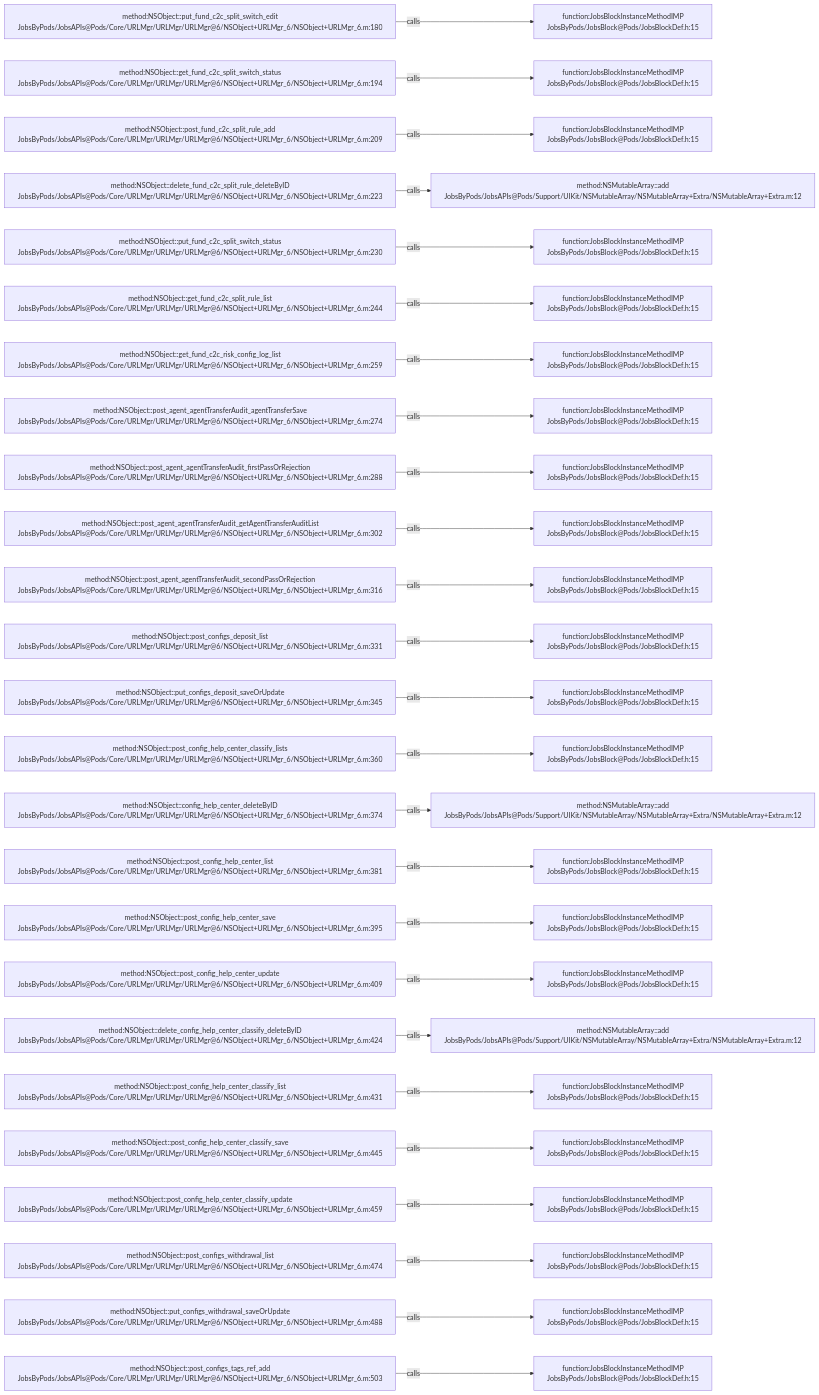
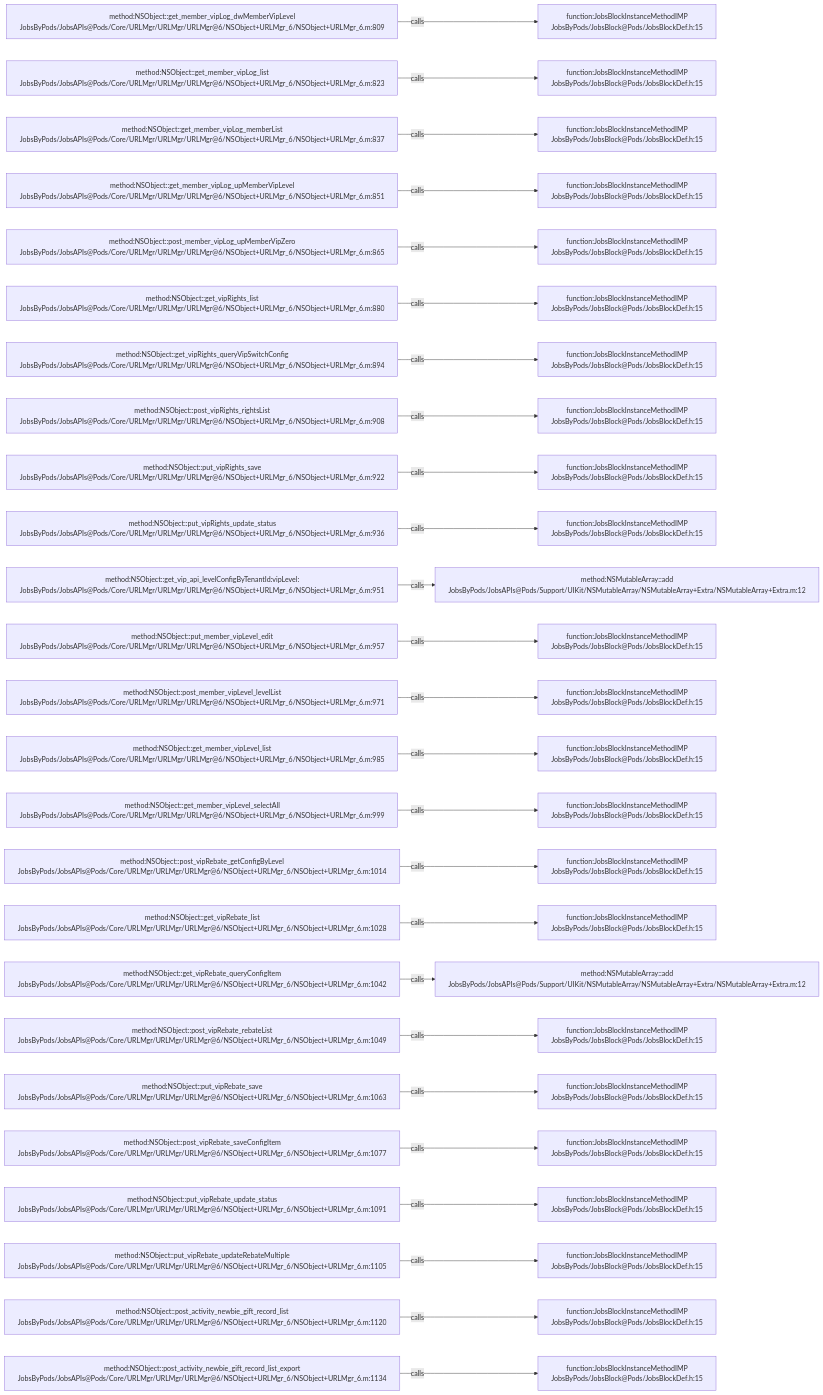
Before and after one commit to JobsKits/JobsOCBaseConfigDemo: the diagram in .codegraph/codegraph.md/graphs/calls-067.md, drawn with Mermaid. The commit also changed 223 other files, not shown here.

````diff
--- a/.codegraph/codegraph.md/graphs/calls-067.md
+++ b/.codegraph/codegraph.md/graphs/calls-067.md
@@ -13,78 +13,78 @@
 ```mermaid
 flowchart LR
-  S1["method:NSObject::put_fund_c2c_split_switch_edit<br/>JobsByPods/JobsAPIs@Pods/Core/URLMgr/URLMgr/URLMgr@6/NSObject+URLMgr_6/NSObject+URLMgr_6.m:180"]
+  S1["method:NSObject::get_member_vipLog_dwMemberVipLevel<br/>JobsByPods/JobsAPIs@Pods/Core/URLMgr/URLMgr/URLMgr@6/NSObject+URLMgr_6/NSObject+URLMgr_6.m:809"]
   T1["function:JobsBlockInstanceMethodIMP<br/>JobsByPods/JobsBlock@Pods/JobsBlockDef.h:15"]
   S1 -->|calls| T1
-  S2["method:NSObject::get_fund_c2c_split_switch_status<br/>JobsByPods/JobsAPIs@Pods/Core/URLMgr/URLMgr/URLMgr@6/NSObject+URLMgr_6/NSObject+URLMgr_6.m:194"]
+  S2["method:NSObject::get_member_vipLog_list<br/>JobsByPods/JobsAPIs@Pods/Core/URLMgr/URLMgr/URLMgr@6/NSObject+URLMgr_6/NSObject+URLMgr_6.m:823"]
   T2["function:JobsBlockInstanceMethodIMP<br/>JobsByPods/JobsBlock@Pods/JobsBlockDef.h:15"]
   S2 -->|calls| T2
-  S3["method:NSObject::post_fund_c2c_split_rule_add<br/>JobsByPods/JobsAPIs@Pods/Core/URLMgr/URLMgr/URLMgr@6/NSObject+URLMgr_6/NSObject+URLMgr_6.m:209"]
+  S3["method:NSObject::get_member_vipLog_memberList<br/>JobsByPods/JobsAPIs@Pods/Core/URLMgr/URLMgr/URLMgr@6/NSObject+URLMgr_6/NSObject+URLMgr_6.m:837"]
   T3["function:JobsBlockInstanceMethodIMP<br/>JobsByPods/JobsBlock@Pods/JobsBlockDef.h:15"]
   S3 -->|calls| T3
-  S4["method:NSObject::delete_fund_c2c_split_rule_deleteByID<br/>JobsByPods/JobsAPIs@Pods/Core/URLMgr/URLMgr/URLMgr@6/NSObject+URLMgr_6/NSObject+URLMgr_6.m:223"]
-  T4["method:NSMutableArray::add<br/>JobsByPods/JobsAPIs@Pods/Support/UIKit/NSMutableArray/NSMutableArray+Extra/NSMutableArray+Extra.m:12"]
+  S4["method:NSObject::get_member_vipLog_upMemberVipLevel<br/>JobsByPods/JobsAPIs@Pods/Core/URLMgr/URLMgr/URLMgr@6/NSObject+URLMgr_6/NSObject+URLMgr_6.m:851"]
+  T4["function:JobsBlockInstanceMethodIMP<br/>JobsByPods/JobsBlock@Pods/JobsBlockDef.h:15"]
   S4 -->|calls| T4
-  S5["method:NSObject::put_fund_c2c_split_switch_status<br/>JobsByPods/JobsAPIs@Pods/Core/URLMgr/URLMgr/URLMgr@6/NSObject+URLMgr_6/NSObject+URLMgr_6.m:230"]
+  S5["method:NSObject::post_member_vipLog_upMemberVipZero<br/>JobsByPods/JobsAPIs@Pods/Core/URLMgr/URLMgr/URLMgr@6/NSObject+URLMgr_6/NSObject+URLMgr_6.m:865"]
   T5["function:JobsBlockInstanceMethodIMP<br/>JobsByPods/JobsBlock@Pods/JobsBlockDef.h:15"]
   S5 -->|calls| T5
-  S6["method:NSObject::get_fund_c2c_split_rule_list<br/>JobsByPods/JobsAPIs@Pods/Core/URLMgr/URLMgr/URLMgr@6/NSObject+URLMgr_6/NSObject+URLMgr_6.m:244"]
+  S6["method:NSObject::get_vipRights_list<br/>JobsByPods/JobsAPIs@Pods/Core/URLMgr/URLMgr/URLMgr@6/NSObject+URLMgr_6/NSObject+URLMgr_6.m:880"]
   T6["function:JobsBlockInstanceMethodIMP<br/>JobsByPods/JobsBlock@Pods/JobsBlockDef.h:15"]
   S6 -->|calls| T6
-  S7["method:NSObject::get_fund_c2c_risk_config_log_list<br/>JobsByPods/JobsAPIs@Pods/Core/URLMgr/URLMgr/URLMgr@6/NSObject+URLMgr_6/NSObject+URLMgr_6.m:259"]
+  S7["method:NSObject::get_vipRights_queryVipSwitchConfig<br/>JobsByPods/JobsAPIs@Pods/Core/URLMgr/URLMgr/URLMgr@6/NSObject+URLMgr_6/NSObject+URLMgr_6.m:894"]
   T7["function:JobsBlockInstanceMethodIMP<br/>JobsByPods/JobsBlock@Pods/JobsBlockDef.h:15"]
   S7 -->|calls| T7
-  S8["method:NSObject::post_agent_agentTransferAudit_agentTransferSave<br/>JobsByPods/JobsAPIs@Pods/Core/URLMgr/URLMgr/URLMgr@6/NSObject+URLMgr_6/NSObject+URLMgr_6.m:274"]
+  S8["method:NSObject::post_vipRights_rightsList<br/>JobsByPods/JobsAPIs@Pods/Core/URLMgr/URLMgr/URLMgr@6/NSObject+URLMgr_6/NSObject+URLMgr_6.m:908"]
   T8["function:JobsBlockInstanceMethodIMP<br/>JobsByPods/JobsBlock@Pods/JobsBlockDef.h:15"]
   S8 -->|calls| T8
-  S9["method:NSObject::post_agent_agentTransferAudit_firstPassOrRejection<br/>JobsByPods/JobsAPIs@Pods/Core/URLMgr/URLMgr/URLMgr@6/NSObject+URLMgr_6/NSObject+URLMgr_6.m:288"]
+  S9["method:NSObject::put_vipRights_save<br/>JobsByPods/JobsAPIs@Pods/Core/URLMgr/URLMgr/URLMgr@6/NSObject+URLMgr_6/NSObject+URLMgr_6.m:922"]
   T9["function:JobsBlockInstanceMethodIMP<br/>JobsByPods/JobsBlock@Pods/JobsBlockDef.h:15"]
   S9 -->|calls| T9
-  S10["method:NSObject::post_agent_agentTransferAudit_getAgentTransferAuditList<br/>JobsByPods/JobsAPIs@Pods/Core/URLMgr/URLMgr/URLMgr@6/NSObject+URLMgr_6/NSObject+URLMgr_6.m:302"]
+  S10["method:NSObject::put_vipRights_update_status<br/>JobsByPods/JobsAPIs@Pods/Core/URLMgr/URLMgr/URLMgr@6/NSObject+URLMgr_6/NSObject+URLMgr_6.m:936"]
   T10["function:JobsBlockInstanceMethodIMP<br/>JobsByPods/JobsBlock@Pods/JobsBlockDef.h:15"]
   S10 -->|calls| T10
-  S11["method:NSObject::post_agent_agentTransferAudit_secondPassOrRejection<br/>JobsByPods/JobsAPIs@Pods/Core/URLMgr/URLMgr/URLMgr@6/NSObject+URLMgr_6/NSObject+URLMgr_6.m:316"]
-  T11["function:JobsBlockInstanceMethodIMP<br/>JobsByPods/JobsBlock@Pods/JobsBlockDef.h:15"]
+  S11["method:NSObject::get_vip_api_levelConfigByTenantId:vipLevel:<br/>JobsByPods/JobsAPIs@Pods/Core/URLMgr/URLMgr/URLMgr@6/NSObject+URLMgr_6/NSObject+URLMgr_6.m:951"]
+  T11["method:NSMutableArray::add<br/>JobsByPods/JobsAPIs@Pods/Support/UIKit/NSMutableArray/NSMutableArray+Extra/NSMutableArray+Extra.m:12"]
   S11 -->|calls| T11
-  S12["method:NSObject::post_configs_deposit_list<br/>JobsByPods/JobsAPIs@Pods/Core/URLMgr/URLMgr/URLMgr@6/NSObject+URLMgr_6/NSObject+URLMgr_6.m:331"]
+  S12["method:NSObject::put_member_vipLevel_edit<br/>JobsByPods/JobsAPIs@Pods/Core/URLMgr/URLMgr/URLMgr@6/NSObject+URLMgr_6/NSObject+URLMgr_6.m:957"]
   T12["function:JobsBlockInstanceMethodIMP<br/>JobsByPods/JobsBlock@Pods/JobsBlockDef.h:15"]
   S12 -->|calls| T12
-  S13["method:NSObject::put_configs_deposit_saveOrUpdate<br/>JobsByPods/JobsAPIs@Pods/Core/URLMgr/URLMgr/URLMgr@6/NSObject+URLMgr_6/NSObject+URLMgr_6.m:345"]
+  S13["method:NSObject::post_member_vipLevel_levelList<br/>JobsByPods/JobsAPIs@Pods/Core/URLMgr/URLMgr/URLMgr@6/NSObject+URLMgr_6/NSObject+URLMgr_6.m:971"]
   T13["function:JobsBlockInstanceMethodIMP<br/>JobsByPods/JobsBlock@Pods/JobsBlockDef.h:15"]
   S13 -->|calls| T13
-  S14["method:NSObject::post_config_help_center_classify_lists<br/>JobsByPods/JobsAPIs@Pods/Core/URLMgr/URLMgr/URLMgr@6/NSObject+URLMgr_6/NSObject+URLMgr_6.m:360"]
+  S14["method:NSObject::get_member_vipLevel_list<br/>JobsByPods/JobsAPIs@Pods/Core/URLMgr/URLMgr/URLMgr@6/NSObject+URLMgr_6/NSObject+URLMgr_6.m:985"]
   T14["function:JobsBlockInstanceMethodIMP<br/>JobsByPods/JobsBlock@Pods/JobsBlockDef.h:15"]
   S14 -->|calls| T14
-  S15["method:NSObject::config_help_center_deleteByID<br/>JobsByPods/JobsAPIs@Pods/Core/URLMgr/URLMgr/URLMgr@6/NSObject+URLMgr_6/NSObject+URLMgr_6.m:374"]
-  T15["method:NSMutableArray::add<br/>JobsByPods/JobsAPIs@Pods/Support/UIKit/NSMutableArray/NSMutableArray+Extra/NSMutableArray+Extra.m:12"]
+  S15["method:NSObject::get_member_vipLevel_selectAll<br/>JobsByPods/JobsAPIs@Pods/Core/URLMgr/URLMgr/URLMgr@6/NSObject+URLMgr_6/NSObject+URLMgr_6.m:999"]
+  T15["function:JobsBlockInstanceMethodIMP<br/>JobsByPods/JobsBlock@Pods/JobsBlockDef.h:15"]
   S15 -->|calls| T15
-  S16["method:NSObject::post_config_help_center_list<br/>JobsByPods/JobsAPIs@Pods/Core/URLMgr/URLMgr/URLMgr@6/NSObject+URLMgr_6/NSObject+URLMgr_6.m:381"]
+  S16["method:NSObject::post_vipRebate_getConfigByLevel<br/>JobsByPods/JobsAPIs@Pods/Core/URLMgr/URLMgr/URLMgr@6/NSObject+URLMgr_6/NSObject+URLMgr_6.m:1014"]
   T16["function:JobsBlockInstanceMethodIMP<br/>JobsByPods/JobsBlock@Pods/JobsBlockDef.h:15"]
   S16 -->|calls| T16
-  S17["method:NSObject::post_config_help_center_save<br/>JobsByPods/JobsAPIs@Pods/Core/URLMgr/URLMgr/URLMgr@6/NSObject+URLMgr_6/NSObject+URLMgr_6.m:395"]
+  S17["method:NSObject::get_vipRebate_list<br/>JobsByPods/JobsAPIs@Pods/Core/URLMgr/URLMgr/URLMgr@6/NSObject+URLMgr_6/NSObject+URLMgr_6.m:1028"]
   T17["function:JobsBlockInstanceMethodIMP<br/>JobsByPods/JobsBlock@Pods/JobsBlockDef.h:15"]
   S17 -->|calls| T17
-  S18["method:NSObject::post_config_help_center_update<br/>JobsByPods/JobsAPIs@Pods/Core/URLMgr/URLMgr/URLMgr@6/NSObject+URLMgr_6/NSObject+URLMgr_6.m:409"]
-  T18["function:JobsBlockInstanceMethodIMP<br/>JobsByPods/JobsBlock@Pods/JobsBlockDef.h:15"]
+  S18["method:NSObject::get_vipRebate_queryConfigItem<br/>JobsByPods/JobsAPIs@Pods/Core/URLMgr/URLMgr/URLMgr@6/NSObject+URLMgr_6/NSObject+URLMgr_6.m:1042"]
+  T18["method:NSMutableArray::add<br/>JobsByPods/JobsAPIs@Pods/Support/UIKit/NSMutableArray/NSMutableArray+Extra/NSMutableArray+Extra.m:12"]
   S18 -->|calls| T18
-  S19["method:NSObject::delete_config_help_center_classify_deleteByID<br/>JobsByPods/JobsAPIs@Pods/Core/URLMgr/URLMgr/URLMgr@6/NSObject+URLMgr_6/NSObject+URLMgr_6.m:424"]
-  T19["method:NSMutableArray::add<br/>JobsByPods/JobsAPIs@Pods/Support/UIKit/NSMutableArray/NSMutableArray+Extra/NSMutableArray+Extra.m:12"]
+  S19["method:NSObject::post_vipRebate_rebateList<br/>JobsByPods/JobsAPIs@Pods/Core/URLMgr/URLMgr/URLMgr@6/NSObject+URLMgr_6/NSObject+URLMgr_6.m:1049"]
+  T19["function:JobsBlockInstanceMethodIMP<br/>JobsByPods/JobsBlock@Pods/JobsBlockDef.h:15"]
   S19 -->|calls| T19
-  S20["method:NSObject::post_config_help_center_classify_list<br/>JobsByPods/JobsAPIs@Pods/Core/URLMgr/URLMgr/URLMgr@6/NSObject+URLMgr_6/NSObject+URLMgr_6.m:431"]
+  S20["method:NSObject::put_vipRebate_save<br/>JobsByPods/JobsAPIs@Pods/Core/URLMgr/URLMgr/URLMgr@6/NSObject+URLMgr_6/NSObject+URLMgr_6.m:1063"]
   T20["function:JobsBlockInstanceMethodIMP<br/>JobsByPods/JobsBlock@Pods/JobsBlockDef.h:15"]
   S20 -->|calls| T20
-  S21["method:NSObject::post_config_help_center_classify_save<br/>JobsByPods/JobsAPIs@Pods/Core/URLMgr/URLMgr/URLMgr@6/NSObject+URLMgr_6/NSObject+URLMgr_6.m:445"]
+  S21["method:NSObject::post_vipRebate_saveConfigItem<br/>JobsByPods/JobsAPIs@Pods/Core/URLMgr/URLMgr/URLMgr@6/NSObject+URLMgr_6/NSObject+URLMgr_6.m:1077"]
   T21["function:JobsBlockInstanceMethodIMP<br/>JobsByPods/JobsBlock@Pods/JobsBlockDef.h:15"]
   S21 -->|calls| T21
-  S22["method:NSObject::post_config_help_center_classify_update<br/>JobsByPods/JobsAPIs@Pods/Core/URLMgr/URLMgr/URLMgr@6/NSObject+URLMgr_6/NSObject+URLMgr_6.m:459"]
+  S22["method:NSObject::put_vipRebate_update_status<br/>JobsByPods/JobsAPIs@Pods/Core/URLMgr/URLMgr/URLMgr@6/NSObject+URLMgr_6/NSObject+URLMgr_6.m:1091"]
   T22["function:JobsBlockInstanceMethodIMP<br/>JobsByPods/JobsBlock@Pods/JobsBlockDef.h:15"]
   S22 -->|calls| T22
-  S23["method:NSObject::post_configs_withdrawal_list<br/>JobsByPods/JobsAPIs@Pods/Core/URLMgr/URLMgr/URLMgr@6/NSObject+URLMgr_6/NSObject+URLMgr_6.m:474"]
+  S23["method:NSObject::put_vipRebate_updateRebateMultiple<br/>JobsByPods/JobsAPIs@Pods/Core/URLMgr/URLMgr/URLMgr@6/NSObject+URLMgr_6/NSObject+URLMgr_6.m:1105"]
   T23["function:JobsBlockInstanceMethodIMP<br/>JobsByPods/JobsBlock@Pods/JobsBlockDef.h:15"]
   S23 -->|calls| T23
-  S24["method:NSObject::put_configs_withdrawal_saveOrUpdate<br/>JobsByPods/JobsAPIs@Pods/Core/URLMgr/URLMgr/URLMgr@6/NSObject+URLMgr_6/NSObject+URLMgr_6.m:488"]
+  S24["method:NSObject::post_activity_newbie_gift_record_list<br/>JobsByPods/JobsAPIs@Pods/Core/URLMgr/URLMgr/URLMgr@6/NSObject+URLMgr_6/NSObject+URLMgr_6.m:1120"]
   T24["function:JobsBlockInstanceMethodIMP<br/>JobsByPods/JobsBlock@Pods/JobsBlockDef.h:15"]
   S24 -->|calls| T24
-  S25["method:NSObject::post_configs_tags_ref_add<br/>JobsByPods/JobsAPIs@Pods/Core/URLMgr/URLMgr/URLMgr@6/NSObject+URLMgr_6/NSObject+URLMgr_6.m:503"]
+  S25["method:NSObject::post_activity_newbie_gift_record_list_export<br/>JobsByPods/JobsAPIs@Pods/Core/URLMgr/URLMgr/URLMgr@6/NSObject+URLMgr_6/NSObject+URLMgr_6.m:1134"]
   T25["function:JobsBlockInstanceMethodIMP<br/>JobsByPods/JobsBlock@Pods/JobsBlockDef.h:15"]
   S25 -->|calls| T25
 ```
````
